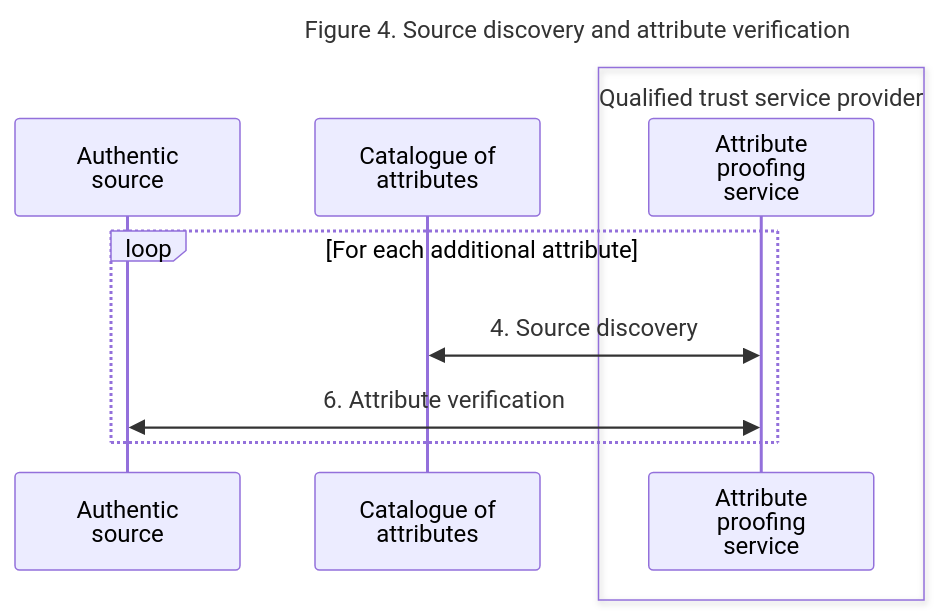
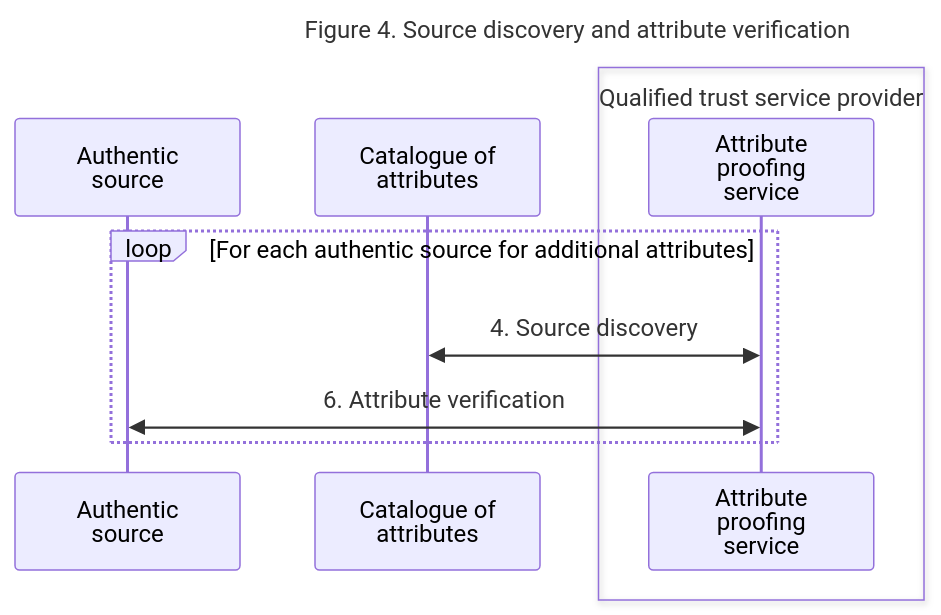
Before and after one commit to webuild-consortium/wp4-qtsp-group: the fourth of 4 diagrams in docs/qeaa/architecture.md, drawn with Mermaid. The commit also changed other lines of this file, not shown here.

Commit message:
More generic attribute proofing mechanisms

````diff
--- a/docs/qeaa/architecture.md
+++ b/docs/qeaa/architecture.md
@@ -197,15 +204,15 @@
 ```mermaid
 ---
 title: Figure 4. Source discovery and attribute verification
 ---
 sequenceDiagram
 participant AS as Authentic<br>source
 participant CatAtt as Catalogue of<br>attributes
 box Qualified trust service provider
     participant APS as Attribute<br>proofing<br>service
 end
-loop For each additional attribute
+loop For each authentic source for additional attributes
     APS <<->> CatAtt : 4. Source discovery
     APS <<->> AS : 6. Attribute verification
 end
 ```
````
